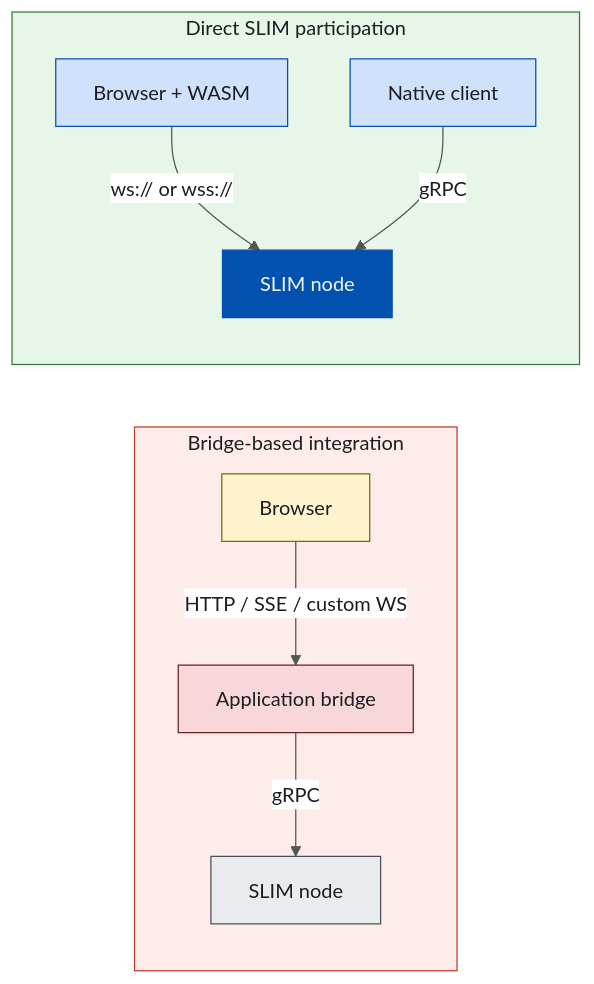
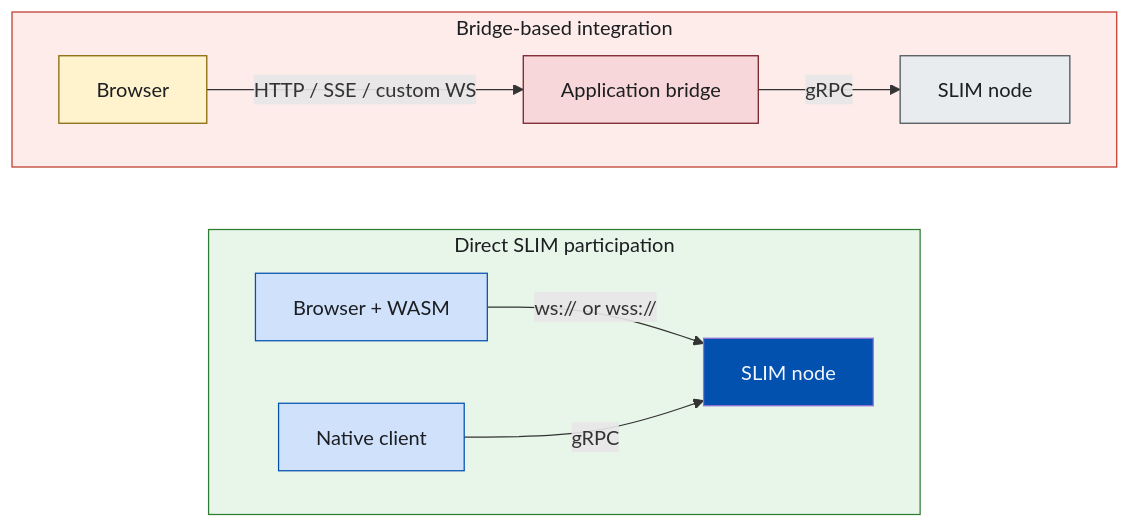
Before and after one commit to agntcy/blogs: the first of 4 diagrams in _posts/2026-07-27-slim-cross-transport-browser-websocket-grpc.md, drawn with Mermaid. The commit also changed other lines of this file and 1 other file, not shown here.

````diff
--- a/_posts/2026-07-27-slim-cross-transport-browser-websocket-grpc.md
+++ b/_posts/2026-07-27-slim-cross-transport-browser-websocket-grpc.md
@@ -58,22 +58,25 @@
 ```mermaid
-%%{init: {"theme": "base", "themeVariables": {"primaryColor": "#ffffff", "primaryTextColor": "#1c1e21", "primaryBorderColor": "#0251af", "lineColor": "#555555", "edgeLabelBackground": "#ffffff"}}}%%
-graph LR
+graph TB
     subgraph BEFORE["Bridge-based integration"]
+        direction LR
         B1["Browser"] -->|"HTTP / SSE / custom WS"| BR["Application bridge"]
         BR -->|"gRPC"| N1["SLIM node"]
     end
 
     subgraph AFTER["Direct SLIM participation"]
+        direction LR
         B2["Browser + WASM"] -->|"ws:// or wss://"| N2["SLIM node"]
         NAT["Native client"] -->|"gRPC"| N2
     end
+
+    BEFORE ~~~ AFTER
 
     style BEFORE fill:#fdecea,stroke:#c0392b,color:#1c1e21
     style AFTER fill:#e8f5e9,stroke:#2e7d32,color:#1c1e21
     style B1 fill:#fff3cd,stroke:#856404,color:#1c1e21
     style BR fill:#f8d7da,stroke:#721c24,color:#1c1e21
     style N1 fill:#e9ecef,stroke:#495057,color:#1c1e21
     style B2 fill:#cfe1fb,stroke:#0251af,color:#1c1e21
     style NAT fill:#cfe1fb,stroke:#0251af,color:#1c1e21
     style N2 fill:#0251af,color:#f3f6fd
 ```
````
